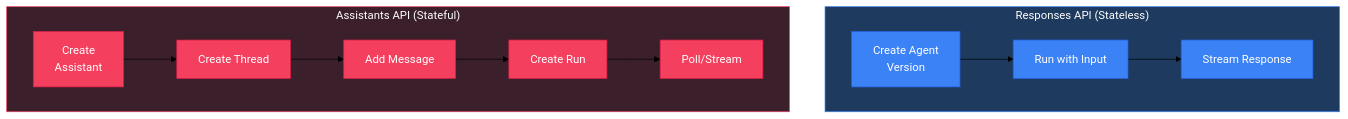
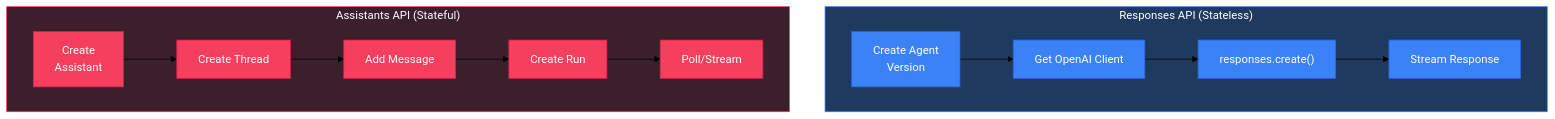
Before and after one commit to clark235/simpleagent: the second of 4 diagrams in DEMO.md, drawn with Mermaid (forest theme). The commit also changed other lines of this file, not shown here.

````diff
--- a/DEMO.md
+++ b/DEMO.md
@@ -46,27 +46,29 @@
 ```mermaid
 flowchart TB
     subgraph Responses["Responses API (Stateless)"]
         direction LR
-        R1["Create Agent<br/>Version"] --> R2["Run with Input"]
-        R2 --> R3["Stream Response"]
+        R1["Create Agent<br/>Version"] --> R2["Get OpenAI Client"]
+        R2 --> R3["responses.create()"]
+        R3 --> R4["Stream Response"]
     end
 
     subgraph Assistants["Assistants API (Stateful)"]
         direction LR
         A1["Create<br/>Assistant"] --> A2["Create Thread"]
         A2 --> A3["Add Message"]
         A3 --> A4["Create Run"]
         A4 --> A5["Poll/Stream"]
     end
 
     style Responses fill:#1e3a5f,stroke:#3b82f6,color:#fff
     style Assistants fill:#3b1f2b,stroke:#f43f5e,color:#fff
     style R1 fill:#3b82f6,stroke:#2563eb,color:#fff
     style R2 fill:#3b82f6,stroke:#2563eb,color:#fff
     style R3 fill:#3b82f6,stroke:#2563eb,color:#fff
+    style R4 fill:#3b82f6,stroke:#2563eb,color:#fff
     style A1 fill:#f43f5e,stroke:#e11d48,color:#fff
     style A2 fill:#f43f5e,stroke:#e11d48,color:#fff
     style A3 fill:#f43f5e,stroke:#e11d48,color:#fff
     style A4 fill:#f43f5e,stroke:#e11d48,color:#fff
     style A5 fill:#f43f5e,stroke:#e11d48,color:#fff
 ```
````
